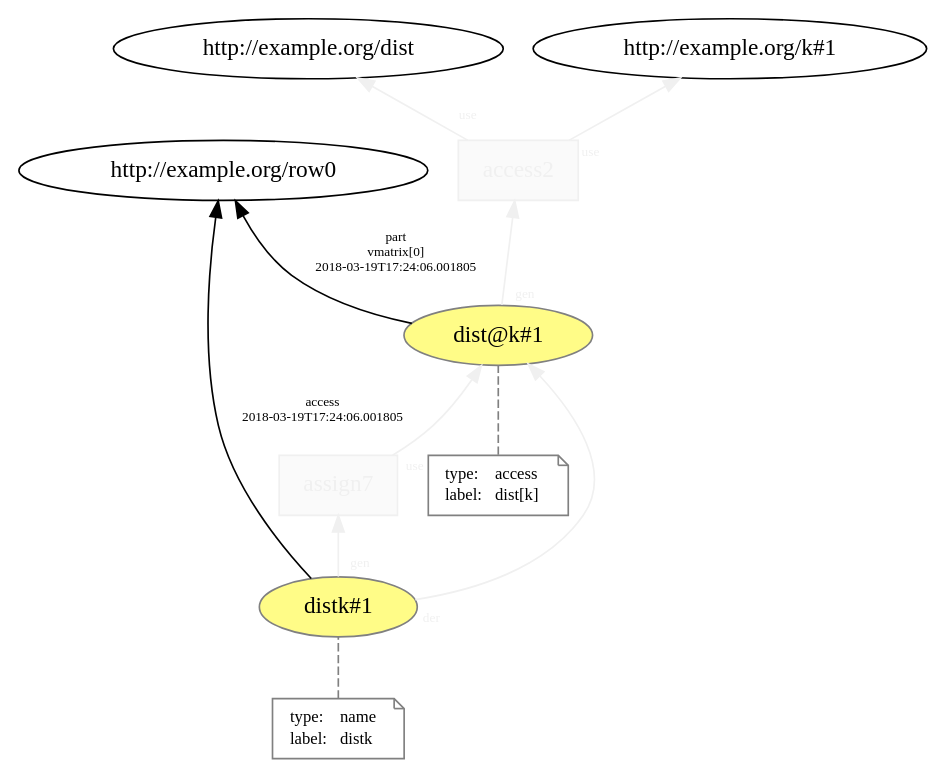
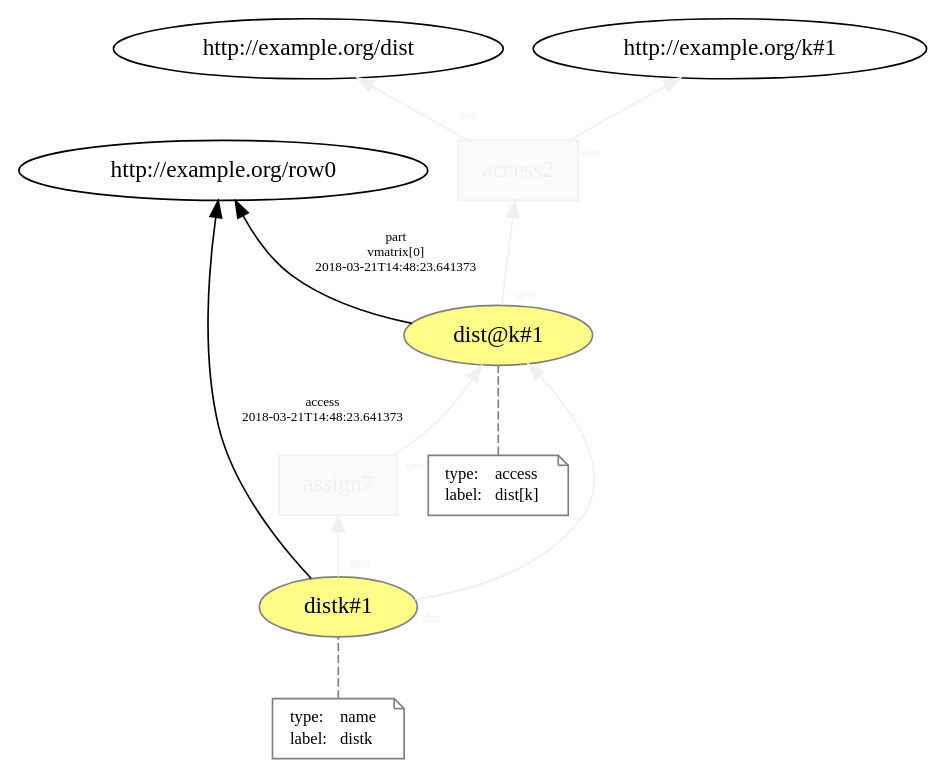
The diagram in generated/mutable_prov/temp/L13__access__assign.dot (dew-uff/versioned-prov), drawn with Graphviz before and after one commit. The commit also changed 779 other files, not shown here.

```diff
--- a/generated/mutable_prov/temp/L13__access__assign.dot
+++ b/generated/mutable_prov/temp/L13__access__assign.dot
@@ -1,39 +1,39 @@
 digraph "PROV" { size="16,12"; rankdir="BT";
 "http://example.org/dist@k#1" [fillcolor="#FFFC87",color="#808080",style="filled",label="dist@k#1",URL="http://example.org/dist@k#1"]
 "-attrs0" [color="gray",shape="note",fontsize="10",fontcolor="black",label=<<TABLE cellpadding="0" border="0">
 	<TR>
 	    <TD align="left">type:</TD>
 	    <TD align="left">access</TD>
 	</TR>
 	<TR>
 	    <TD align="left">label:</TD>
 	    <TD align="left">dist[k]</TD>
 	</TR>
 </TABLE>>]
 "-attrs0" -> "http://example.org/dist@k#1" [color="gray",style="dashed",arrowhead="none"]
 "http://example.org/dist@k#1" -> "http://example.org/row0" [fontsize="8",distance="1.5",angle="60.0",rotation="20",label="part
 vmatrix[0]
-2018-03-19T17:24:06.001805"]
+2018-03-21T14:48:23.641373"]
 "http://example.org/access2" [fillcolor="#FAFAFA",color="#F0F0F0",shape="polygon",sides="4",style="filled",fontcolor="#F0F0F0",label="access2",URL="http://example.org/access2"]
 "http://example.org/access2" -> "http://example.org/dist" [labelfontsize="8",labeldistance="1.5",labelangle="60.0",rotation="20",taillabel="use",fontcolor="#F0F0F0",color="#F0F0F0"]
 "http://example.org/access2" -> "http://example.org/k#1" [labelfontsize="8",labeldistance="1.5",labelangle="60.0",rotation="20",taillabel="use",fontcolor="#F0F0F0",color="#F0F0F0"]
 "http://example.org/dist@k#1" -> "http://example.org/access2" [labelfontsize="8",labeldistance="1.5",labelangle="60.0",rotation="20",taillabel="gen",fontcolor="#F0F0F0",color="#F0F0F0"]
 "http://example.org/distk#1" [fillcolor="#FFFC87",color="#808080",style="filled",label="distk#1",URL="http://example.org/distk#1"]
 "-attrs1" [color="gray",shape="note",fontsize="10",fontcolor="black",label=<<TABLE cellpadding="0" border="0">
 	<TR>
 	    <TD align="left">type:</TD>
 	    <TD align="left">name</TD>
 	</TR>
 	<TR>
 	    <TD align="left">label:</TD>
 	    <TD align="left">distk</TD>
 	</TR>
 </TABLE>>]
 "-attrs1" -> "http://example.org/distk#1" [color="gray",style="dashed",arrowhead="none"]
 "http://example.org/distk#1" -> "http://example.org/row0" [fontsize="8",distance="1.5",angle="60.0",rotation="20",label="access
-2018-03-19T17:24:06.001805"]
+2018-03-21T14:48:23.641373"]
 "http://example.org/assign7" [fillcolor="#FAFAFA",color="#F0F0F0",shape="polygon",sides="4",style="filled",fontcolor="#F0F0F0",label="assign7",URL="http://example.org/assign7"]
 "http://example.org/distk#1" -> "http://example.org/dist@k#1" [labelfontsize="8",labeldistance="1.5",labelangle="60.0",rotation="20",taillabel="der",fontcolor="#F0F0F0",color="#F0F0F0"]
 "http://example.org/assign7" -> "http://example.org/dist@k#1" [labelfontsize="8",labeldistance="1.5",labelangle="60.0",rotation="20",taillabel="use",fontcolor="#F0F0F0",color="#F0F0F0"]
 "http://example.org/distk#1" -> "http://example.org/assign7" [labelfontsize="8",labeldistance="1.5",labelangle="60.0",rotation="20",taillabel="gen",fontcolor="#F0F0F0",color="#F0F0F0"]
 }
```
